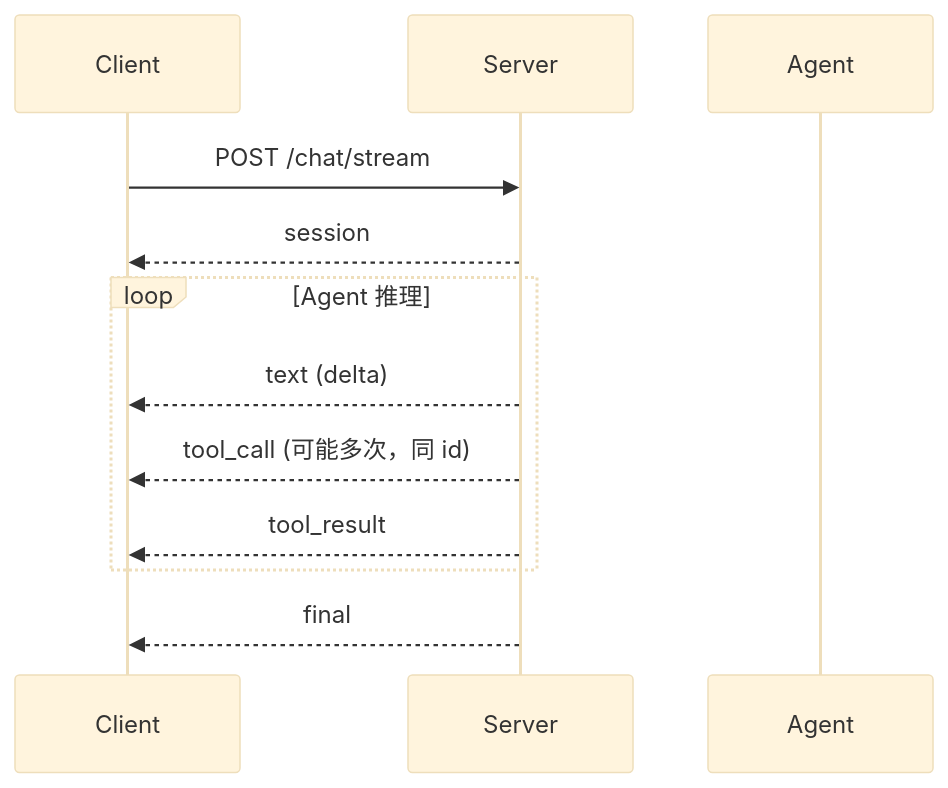
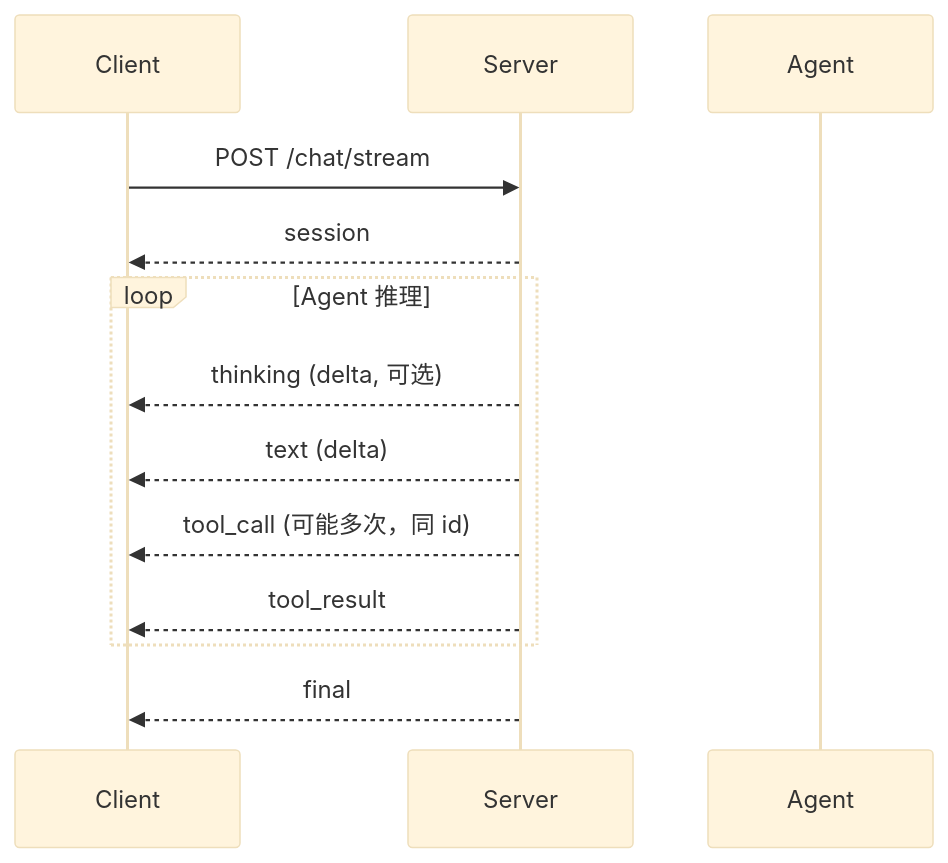
One commit to hxz1993/deep-agent changed the diagram in docs/sse-protocol.md. Above: the diagram before and after it, drawn with Mermaid (base theme). The commit also changed other lines of this file and 6 other files, not shown here.

````diff
--- a/docs/sse-protocol.md
+++ b/docs/sse-protocol.md
@@ -86,15 +86,16 @@
 ```mermaid
 sequenceDiagram
     participant Client
     participant Server
     participant Agent
 
     Client->>Server: POST /chat/stream
     Server-->>Client: session
     loop Agent 推理
+        Server-->>Client: thinking (delta, 可选)
         Server-->>Client: text (delta)
         Server-->>Client: tool_call (可能多次，同 id)
         Server-->>Client: tool_result
     end
     Server-->>Client: final
 ```
````
